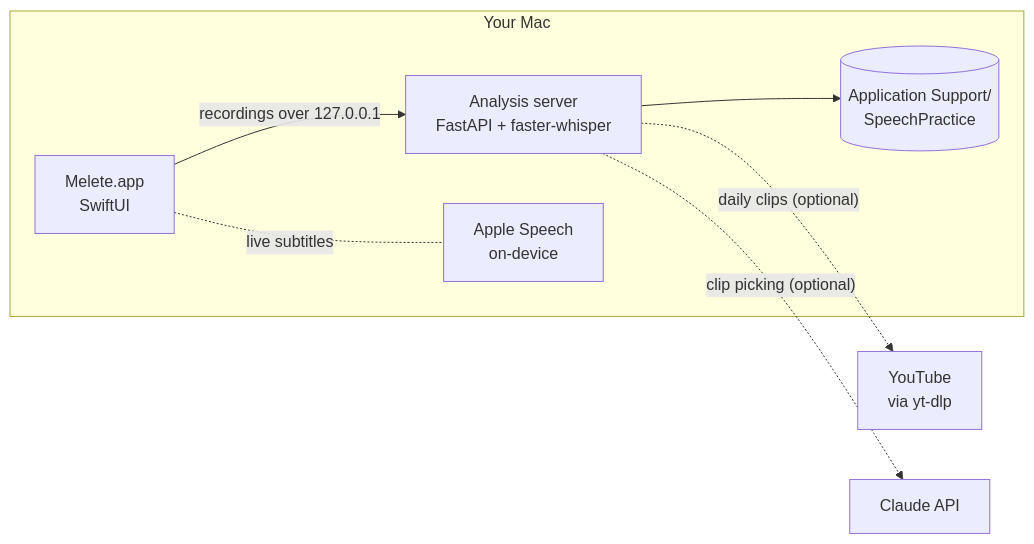
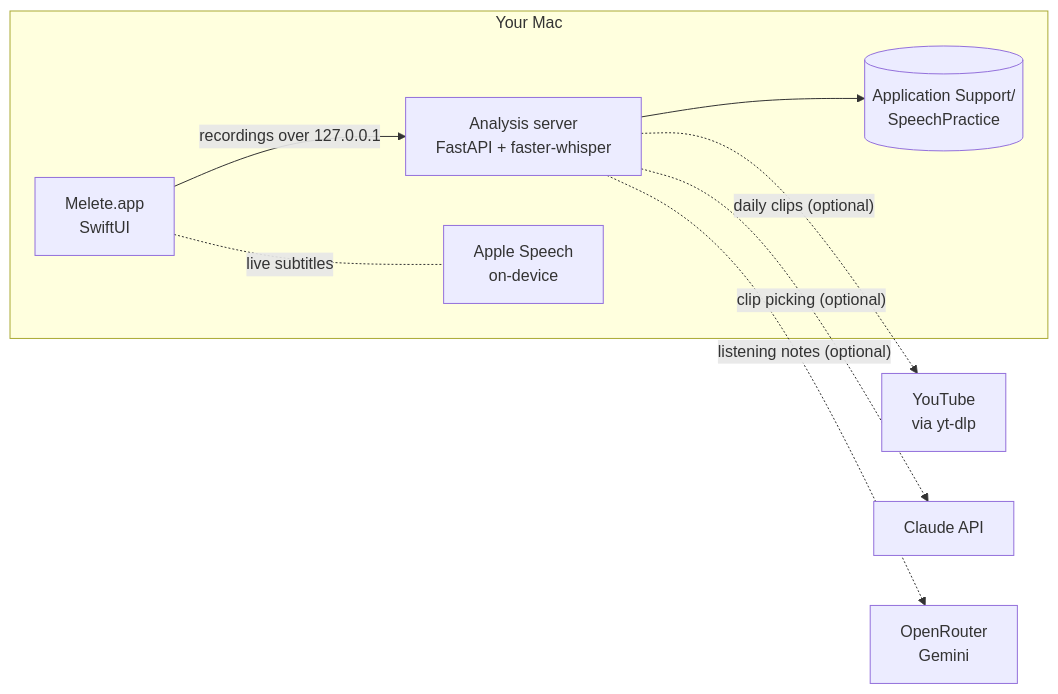
The diagram in README.md (oliverxuzy-ai/Melete), drawn with Mermaid before and after one commit. The commit also changed other lines of this file and 14 other files, not shown here.

````diff
--- a/README.md
+++ b/README.md
@@ -121,14 +127,15 @@
 ```mermaid
 flowchart LR
   subgraph mac["Your Mac"]
     app["Melete.app<br/>SwiftUI"]
     server["Analysis server<br/>FastAPI + faster-whisper"]
     data[("Application Support/<br/>SpeechPractice")]
     speech["Apple Speech<br/>on-device"]
     app -- "recordings over 127.0.0.1" --> server
     server --> data
     app -. "live subtitles" .- speech
   end
   server -. "daily clips (optional)" .-> yt["YouTube<br/>via yt-dlp"]
   server -. "clip picking (optional)" .-> claude["Claude API"]
+  server -. "listening notes (optional)" .-> gemini["OpenRouter<br/>Gemini"]
 ```
````
